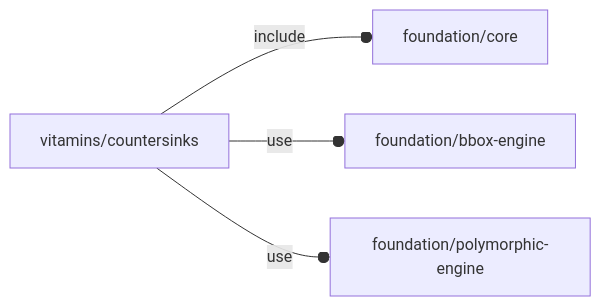
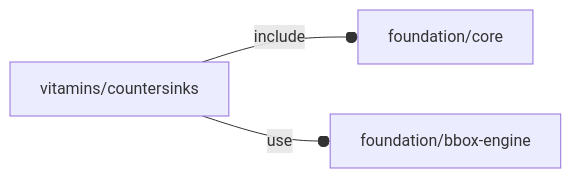
The diagram in orthodocs/vitamins/countersinks.md (ggabbiani/OFL), drawn with Mermaid before and after one commit. The commit also changed 69 other files, not shown here.

````diff
--- a/orthodocs/vitamins/countersinks.md
+++ b/orthodocs/vitamins/countersinks.md
@@ -5,6 +5,5 @@
 ```mermaid
 graph LR
     A1[vitamins/countersinks] --o|include| A2[foundation/core]
     A1 --o|use| A3[foundation/bbox-engine]
-    A1 --o|use| A4[foundation/polymorphic-engine]
 ```
````
